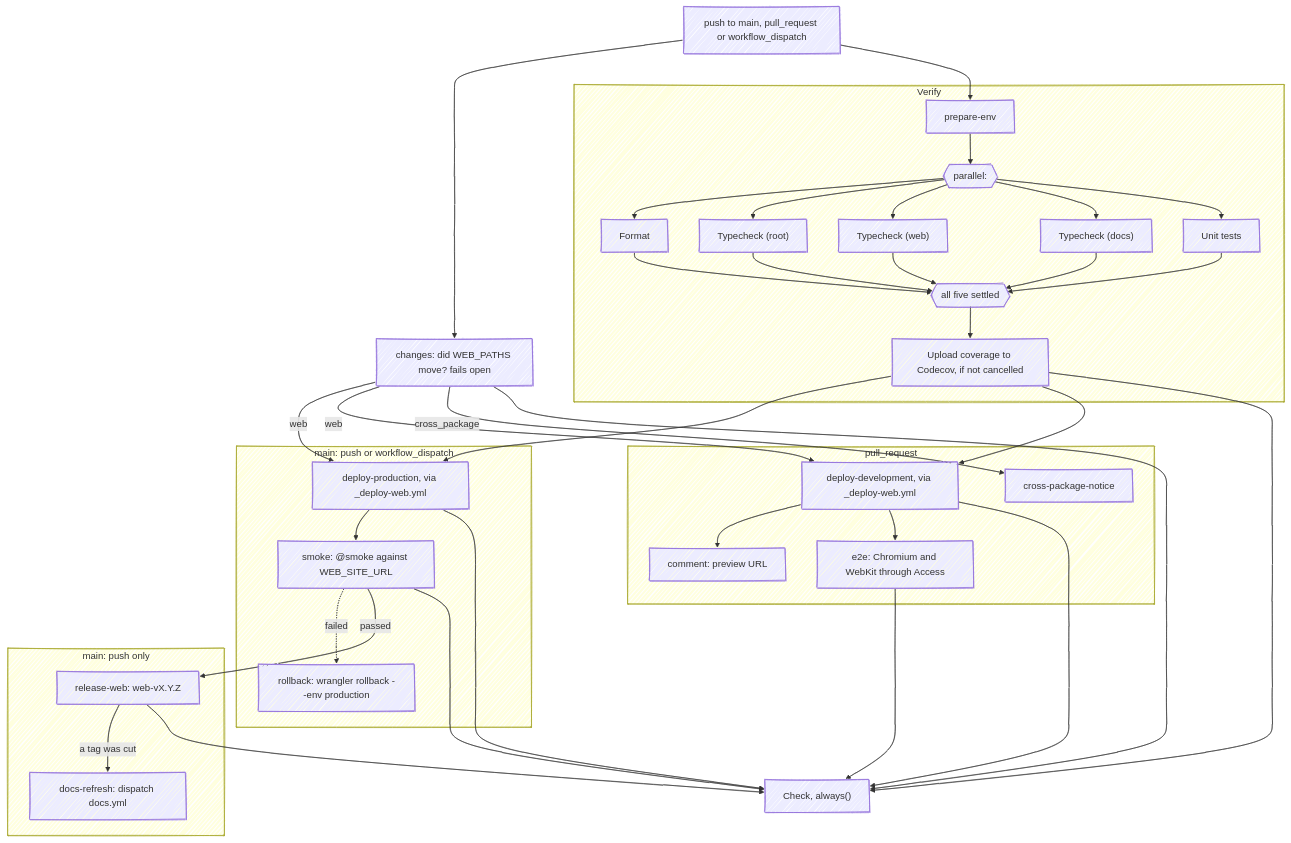
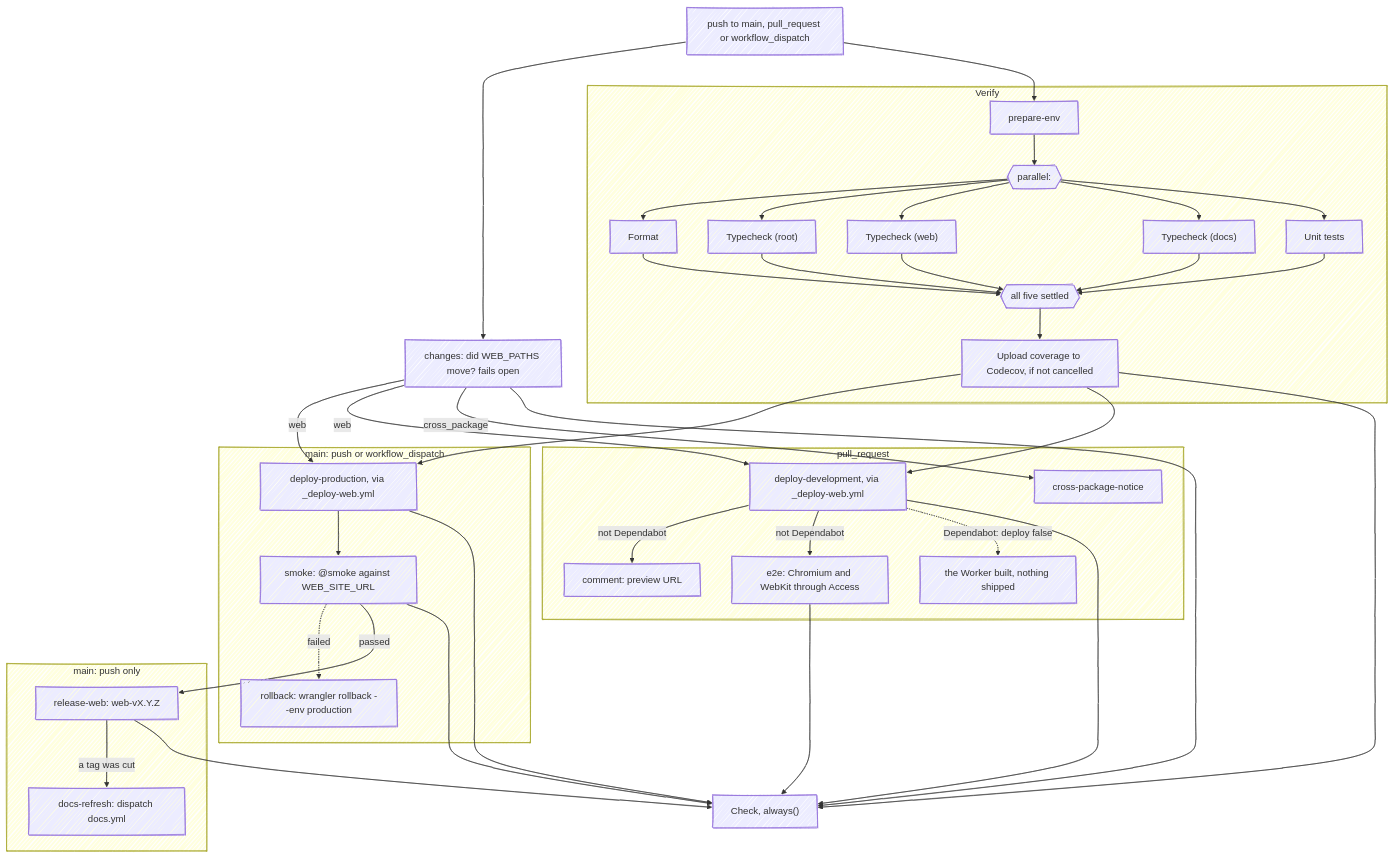
The first of 3 diagrams in apps/docs/src/content/docs/infra/workflows.mdx (fbuireu/forever-pto), drawn with Mermaid before and after one commit. The commit also changed other lines of this file and 1 other file, not shown here.

First line of the commit message:
docs(docs): draw the Dependabot pull request's build-only path in the workflow diagrams

````diff
--- a/apps/docs/src/content/docs/infra/workflows.mdx
+++ b/apps/docs/src/content/docs/infra/workflows.mdx
@@ -28,32 +28,33 @@
 ```mermaid
 ---
 config:
   look: handDrawn
   layout: dagre
 ---
 flowchart TD
   EVT["push to main, pull_request or workflow_dispatch"] --> CH & PE
   CH["changes: did WEB_PATHS move? fails open"]
   subgraph verify ["Verify"]
     PE["prepare-env"] --> FORK{{"parallel:"}}
     FORK --> FMT["Format"] & TR["Typecheck (root)"] & TW["Typecheck (web)"] & TDOC["Typecheck (docs)"] & UT["Unit tests"]
     FMT & TR & TW & TDOC & UT --> JOIN{{"all five settled"}}
     JOIN --> CC["Upload coverage to Codecov, if not cancelled"]
   end
   subgraph onmain ["main: push or workflow_dispatch"]
     DP["deploy-production, via _deploy-web.yml"] --> SM["smoke: @smoke against WEB_SITE_URL"]
     SM -. "failed" .-> RB["rollback: wrangler rollback --env production"]
   end
   subgraph pushonly ["main: push only"]
     RW["release-web: web-vX.Y.Z"] -- "a tag was cut" --> DR["docs-refresh: dispatch docs.yml"]
   end
   subgraph onpr ["pull_request"]
-    DD["deploy-development, via _deploy-web.yml"] --> CM["comment: preview URL"] & E2E["e2e: Chromium and WebKit through Access"]
+    DD["deploy-development, via _deploy-web.yml"] -- "not Dependabot" --> CM["comment: preview URL"] & E2E["e2e: Chromium and WebKit through Access"]
+    DD -. "Dependabot: deploy false" .-> BO["the Worker built, nothing shipped"]
     XN["cross-package-notice"]
   end
   CH -- "web" --> DP & DD
   CC --> DP & DD
   SM -- "passed" --> RW
   CH -- "cross_package" --> XN
   CH & CC & DD & E2E & DP & SM & RW --> CK["Check, always()"]
 ```
````
